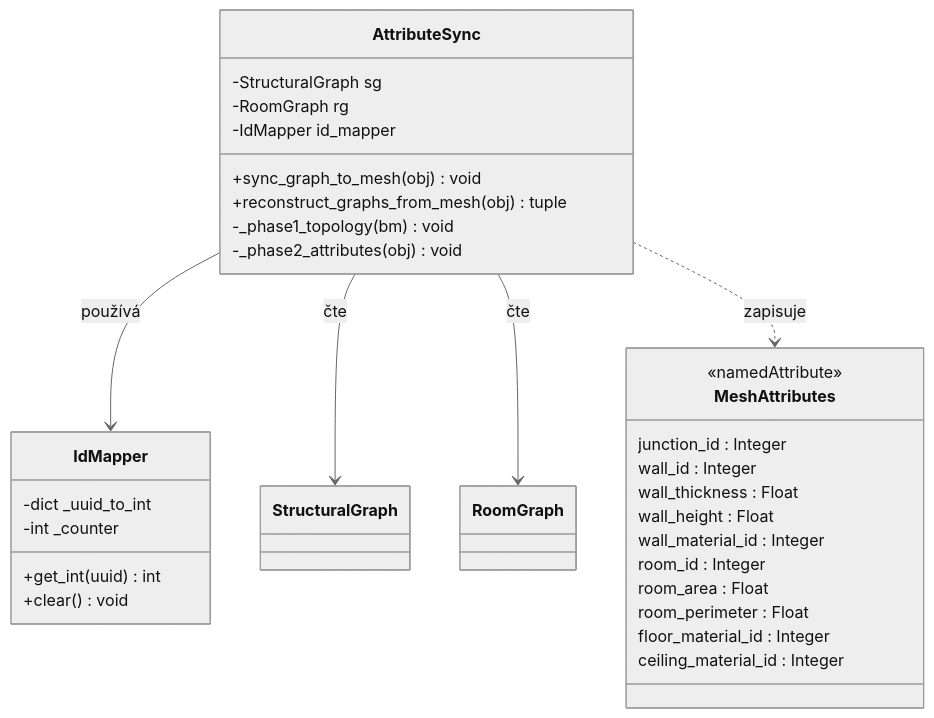
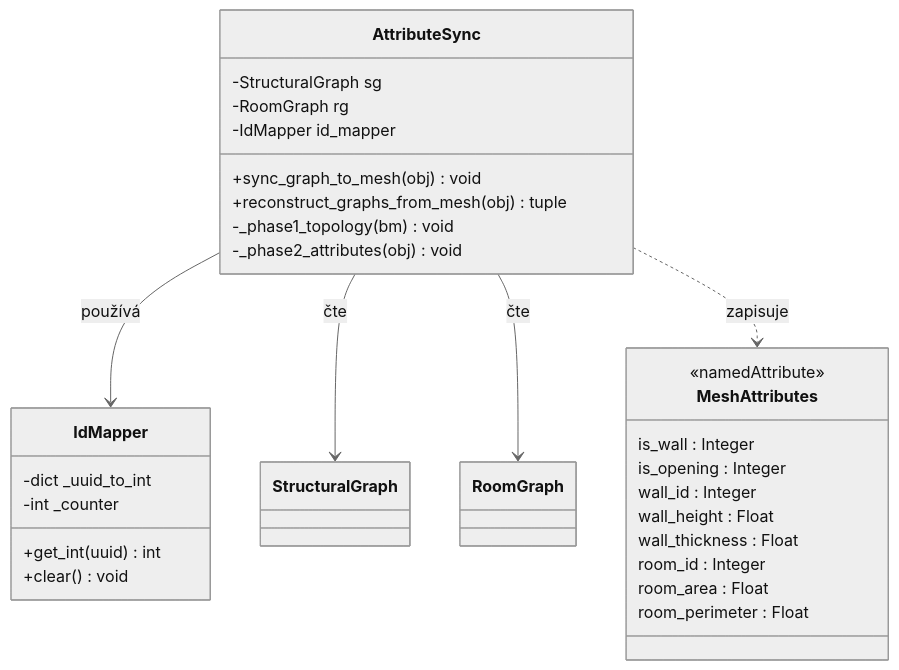
The diagram in docs/sections/03_Design/03_data_model_layer3.md (TheGingeros/floorplanmaster), drawn with Mermaid (neutral theme) before and after one commit. The commit also changed other lines of this file and 3 other files, not shown here.

````diff
--- a/docs/sections/03_Design/03_data_model_layer3.md
+++ b/docs/sections/03_Design/03_data_model_layer3.md
@@ -6,35 +6,33 @@
 ```mermaid
 classDiagram
     class IdMapper {
         -dict _uuid_to_int
         -int _counter
         +get_int(uuid) int
         +clear() void
     }
     class AttributeSync {
         -StructuralGraph sg
         -RoomGraph rg
         -IdMapper id_mapper
         +sync_graph_to_mesh(obj) void
         +reconstruct_graphs_from_mesh(obj) tuple
         -_phase1_topology(bm) void
         -_phase2_attributes(obj) void
     }
     class MeshAttributes {
         <<namedAttribute>>
-        junction_id : Integer
+        is_wall : Integer
+        is_opening : Integer
         wall_id : Integer
+        wall_height : Float
         wall_thickness : Float
-        wall_height : Float
-        wall_material_id : Integer
         room_id : Integer
         room_area : Float
         room_perimeter : Float
-        floor_material_id : Integer
-        ceiling_material_id : Integer
     }
     AttributeSync --> IdMapper : používá
     AttributeSync --> StructuralGraph : čte
     AttributeSync --> RoomGraph : čte
     AttributeSync ..> MeshAttributes : zapisuje
 ```
````
